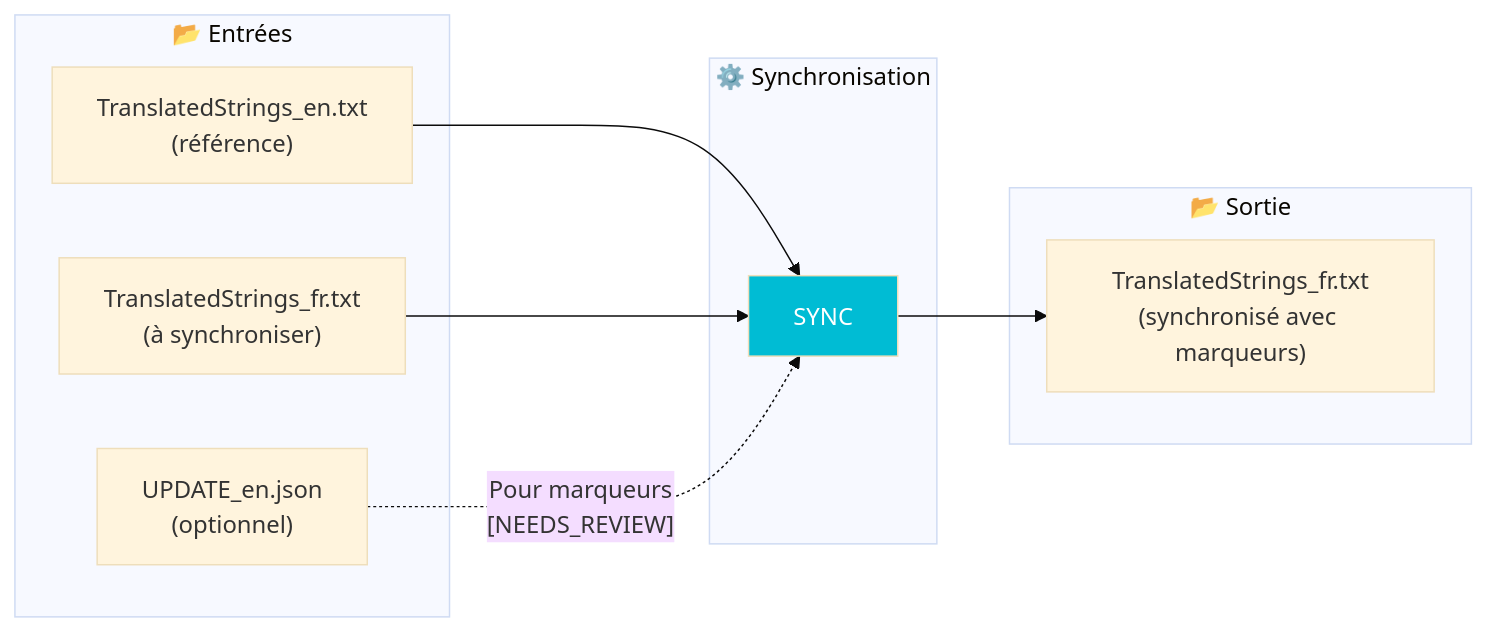
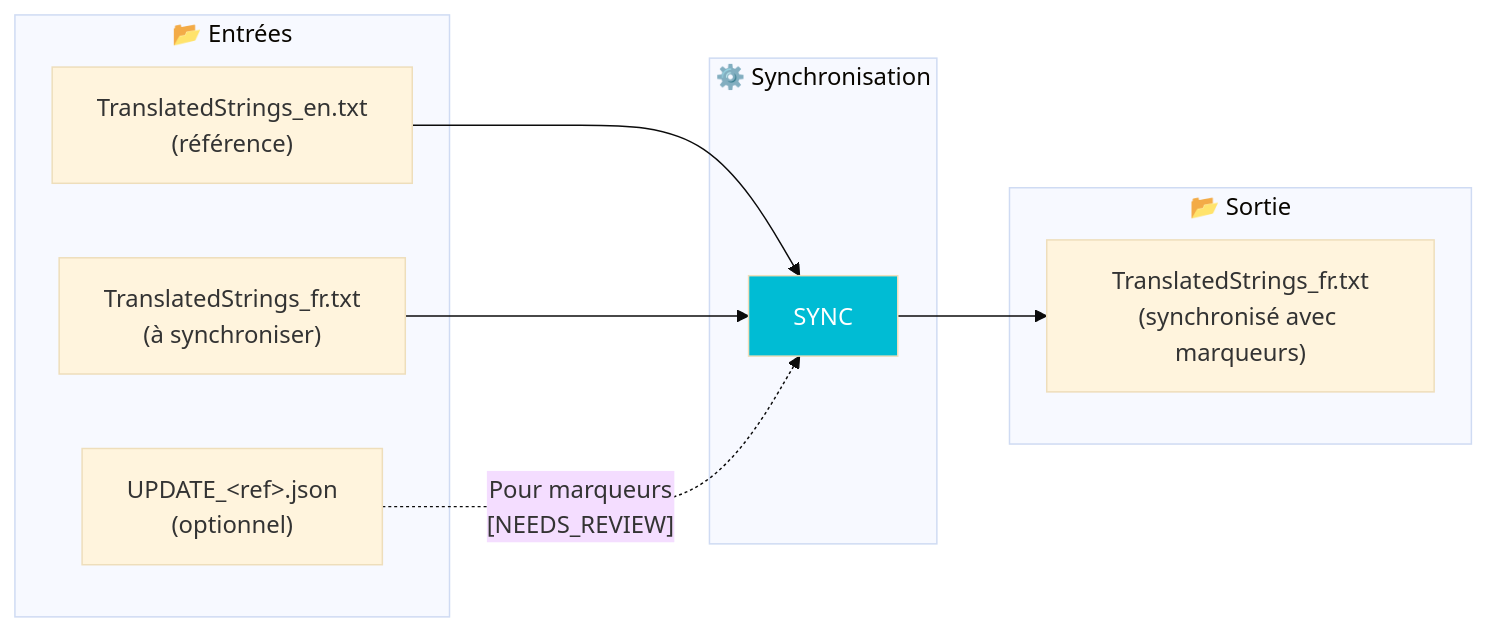
One commit to Gotcha26/Adobe_Lightroom_Translation_Plugins_Kit changed the first of 2 diagrams in tools/translator/__doc__/fr/commandes/SYNC.md. Above: the diagram before and after it, drawn with Mermaid (base theme). The commit also changed other lines of this file and 28 other files, not shown here.

````diff
--- a/tools/translator/__doc__/fr/commandes/SYNC.md
+++ b/tools/translator/__doc__/fr/commandes/SYNC.md
@@ -17,23 +17,23 @@
 ```mermaid
 flowchart LR
     subgraph Input["📂 Entrées"]
         I1["TranslatedStrings_en.txt<br/>(référence)"]
         I2["TranslatedStrings_fr.txt<br/>(à synchroniser)"]
-        I3["UPDATE_en.json<br/>(optionnel)"]
+        I3["UPDATE_&lt;ref&gt;.json<br/>(optionnel)"]
     end
 
     subgraph Process["⚙️ Synchronisation"]
         P["SYNC"]
     end
 
     subgraph Output["📂 Sortie"]
         O["TranslatedStrings_fr.txt<br/>(synchronisé avec marqueurs)"]
     end
 
     I1 --> P
     I2 --> P
     I3 -.->|"Pour marqueurs<br/>[NEEDS_REVIEW]"| P
     P --> O
 
     style P fill:#00BCD4,color:#fff
 ```
````
